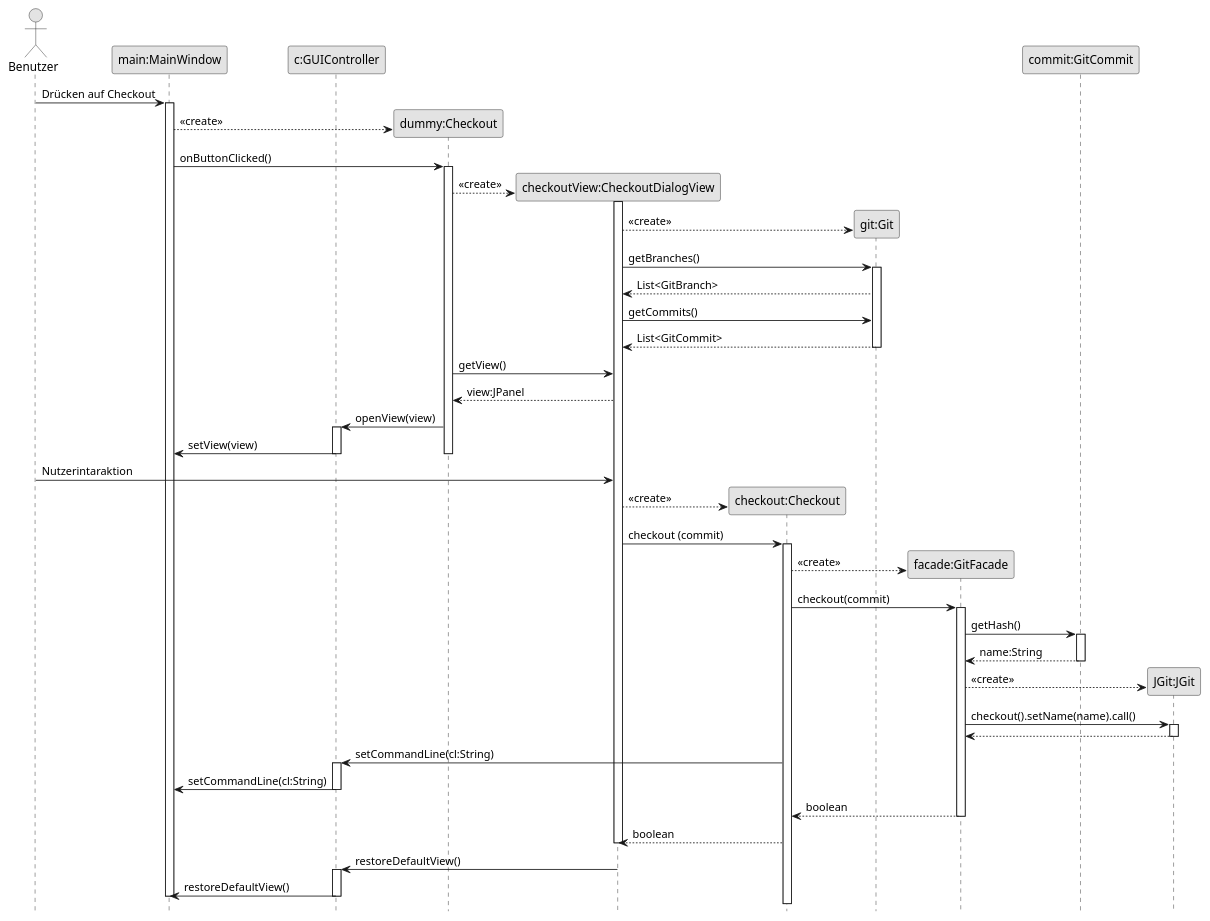
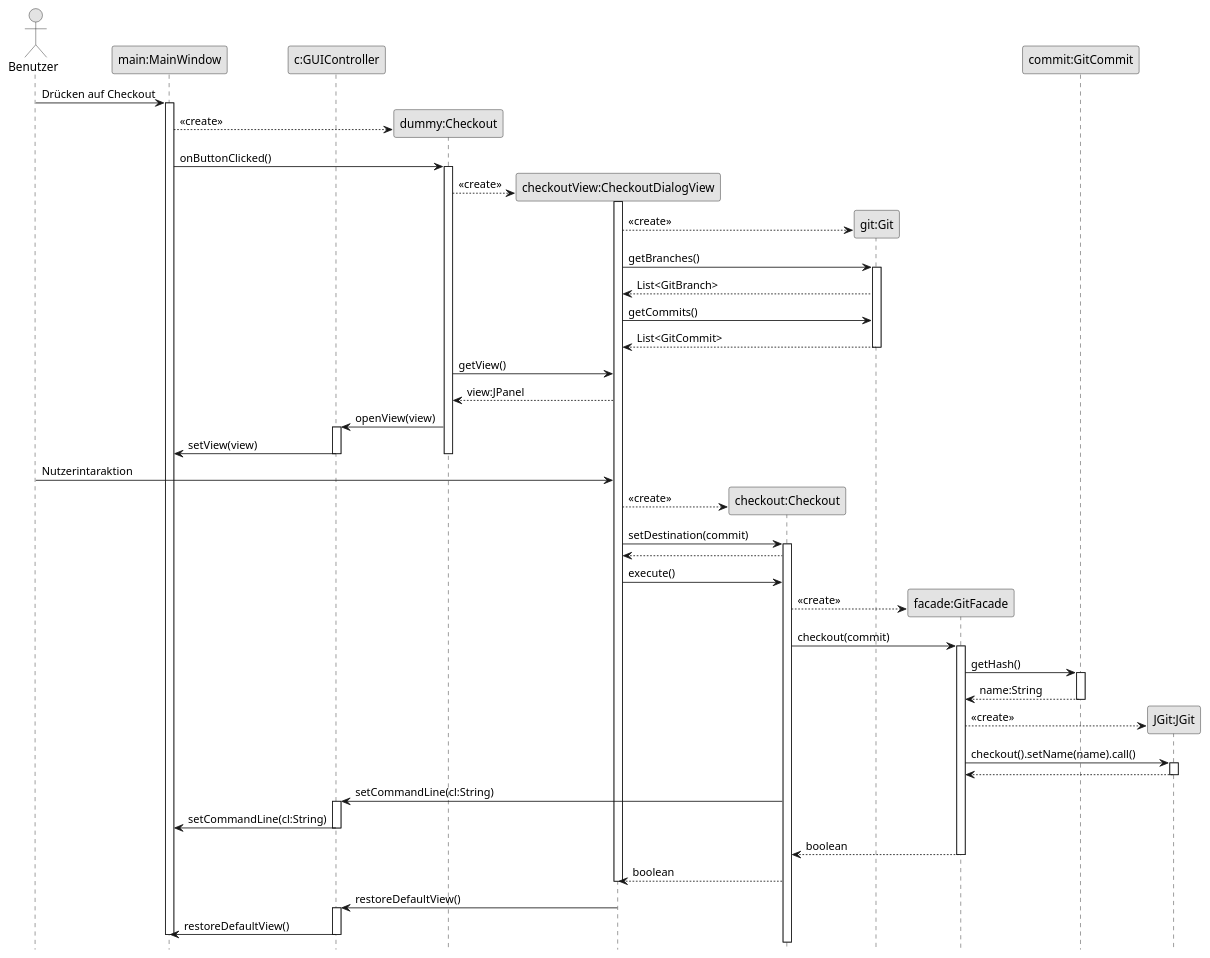
One commit to osl2/Skalierbarer-Git-Client changed the diagram in diagrams/raw diagramm files/Checkout_Version_Sequence.puml. Above: the diagram before and after it, drawn with PlantUML. The commit also changed 1 other file, not shown here.

Commit message:
Changed checkout methods

```diff
--- a/diagrams/raw diagramm files/Checkout_Version_Sequence.puml
+++ b/diagrams/raw diagramm files/Checkout_Version_Sequence.puml
@@ -1,80 +1,82 @@
 @startuml
 skinparam monochrome true
 hide footbox
 actor Benutzer as user
 
 participant "main:MainWindow" as main
 participant "c:GUIController" as controller
 participant "dummy:Checkout" as checkout
 participant "checkoutView:CheckoutDialogView" as checkoutView
 participant "checkout:Checkout" as checkoutCommand
 participant "git:Git" as git
 participant "facade:GitFacade" as facade
 participant "commit:GitCommit" as commit
 participant "JGit:JGit" as JGit
 
 user -> main : Drücken auf Checkout
 activate main
 create checkout
 main --> checkout : <<create>>
 main -> checkout : onButtonClicked()
 activate checkout
 create checkoutView
 checkout --> checkoutView :  <<create>>
 activate checkoutView
 
 create git
 checkoutView --> git : <<create>>
 checkoutView -> git : getBranches()
 activate git
 git --> checkoutView : List<GitBranch>
 checkoutView -> git : getCommits()
 git --> checkoutView : List<GitCommit>
 deactivate git
 
 checkout -> checkoutView : getView()
 checkoutView --> checkout : view:JPanel
 
 checkout -> controller : openView(view)
 activate controller
 controller -> main : setView(view)
 deactivate controller
 deactivate checkout
 user -> checkoutView : Nutzerintaraktion
 
 create checkoutCommand
 checkoutView --> checkoutCommand : <<create>>
 
-checkoutView ->checkoutCommand : checkout (commit)
+checkoutView ->checkoutCommand : setDestination(commit)
 activate checkoutCommand
+checkoutCommand --> checkoutView
+checkoutView -> checkoutCommand : execute()
 create facade
 checkoutCommand --> facade : <<create>>
 checkoutCommand -> facade : checkout(commit)
 activate facade
 facade -> commit : getHash()
 activate commit
 commit --> facade : name:String
 deactivate commit
 create JGit
 facade --> JGit : <<create>>
 facade -> JGit : checkout().setName(name).call()
 activate JGit
 JGit --> facade :
 deactivate JGit
 checkoutCommand -> controller : setCommandLine(cl:String)
 activate controller
 controller -> main : setCommandLine(cl:String)
 deactivate controller
 facade --> checkoutCommand : boolean
 deactivate facade
 checkoutCommand --> checkoutView : boolean
 deactivate checkoutView
 checkoutView -> controller : restoreDefaultView()
 activate controller
 controller -> main : restoreDefaultView()
 deactivate controller
 
 
 deactivate main
 
 @enduml
```
